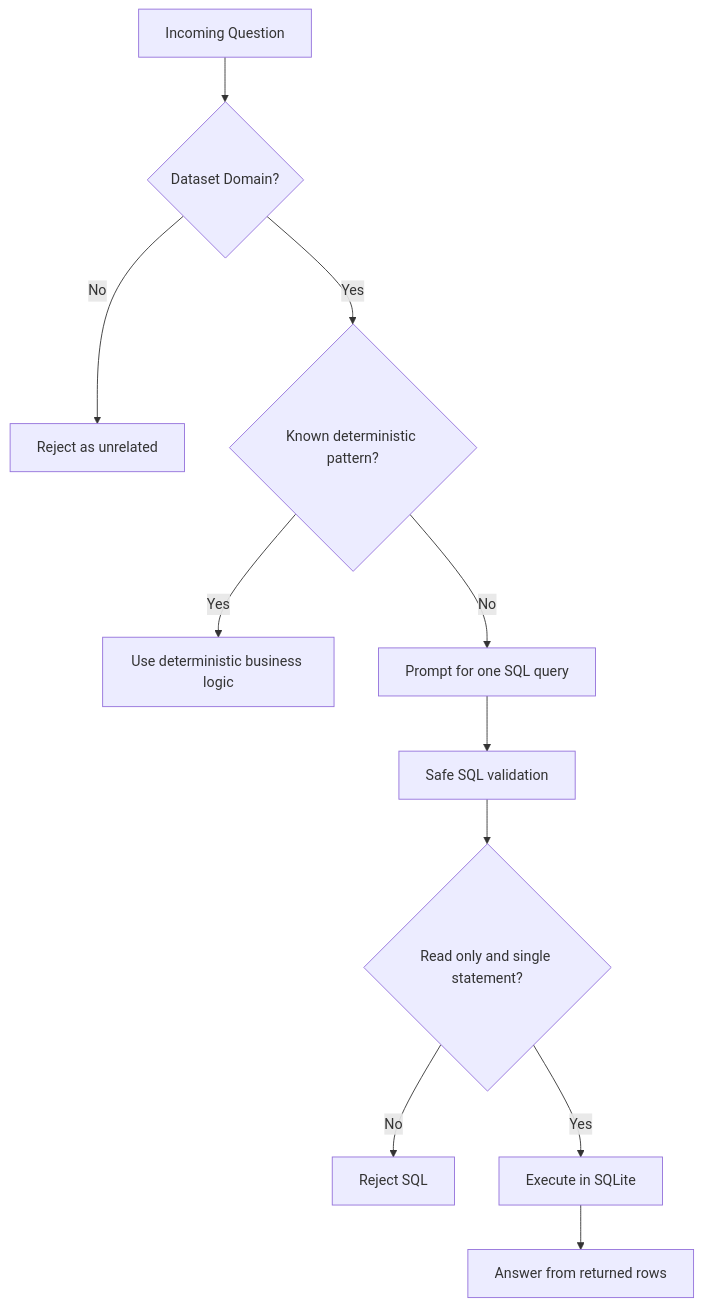
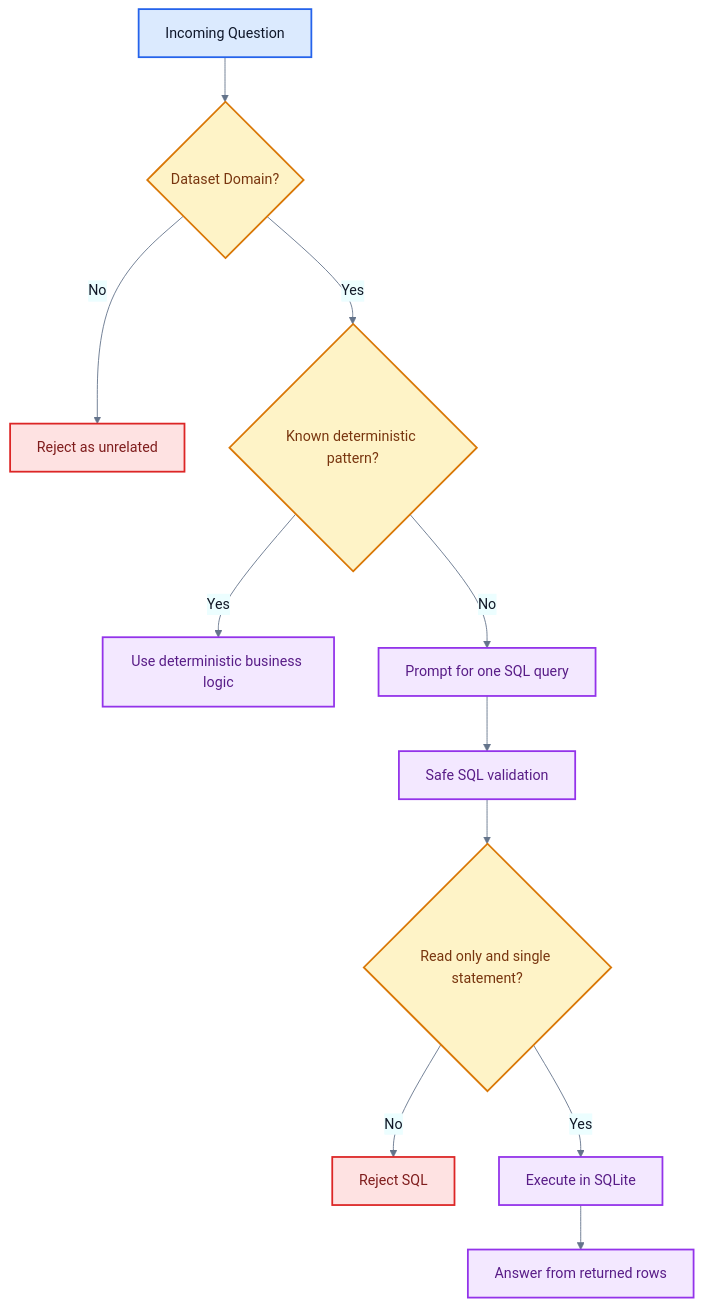
Before and after one commit to vandanamv/DodgeChat: the fourth of 4 diagrams in README.md, drawn with Mermaid. The commit also changed other lines of this file, not shown here.

````diff
--- a/README.md
+++ b/README.md
@@ -170,13 +191,23 @@
 ```mermaid
+%%{init: {'theme': 'base', 'themeVariables': { 'primaryColor': '#fff7ed', 'primaryTextColor': '#111827', 'primaryBorderColor': '#ea580c', 'lineColor': '#64748b', 'secondaryColor': '#ecfeff', 'tertiaryColor': '#fce7f3' }}}%%
 flowchart TD
     A[Incoming Question] --> B{Dataset Domain?}
     B -- No --> C[Reject as unrelated]
     B -- Yes --> D{Known deterministic pattern?}
     D -- Yes --> E[Use deterministic business logic]
     D -- No --> F[Prompt for one SQL query]
     F --> G[Safe SQL validation]
     G --> H{Read only and single statement?}
     H -- No --> I[Reject SQL]
     H -- Yes --> J[Execute in SQLite]
     J --> K[Answer from returned rows]
+    classDef entry fill:#dbeafe,stroke:#2563eb,color:#0f172a,stroke-width:2px;
+    classDef decision fill:#fef3c7,stroke:#d97706,color:#78350f,stroke-width:2px;
+    classDef safe fill:#dcfce7,stroke:#16a34a,color:#14532d,stroke-width:2px;
+    classDef reject fill:#fee2e2,stroke:#dc2626,color:#7f1d1d,stroke-width:2px;
+    classDef process fill:#f3e8ff,stroke:#9333ea,color:#581c87,stroke-width:2px;
+    class A entry;
+    class B,D,H decision;
+    class E,F,G,J,K process;
+    class C,I reject;
 ```
````
